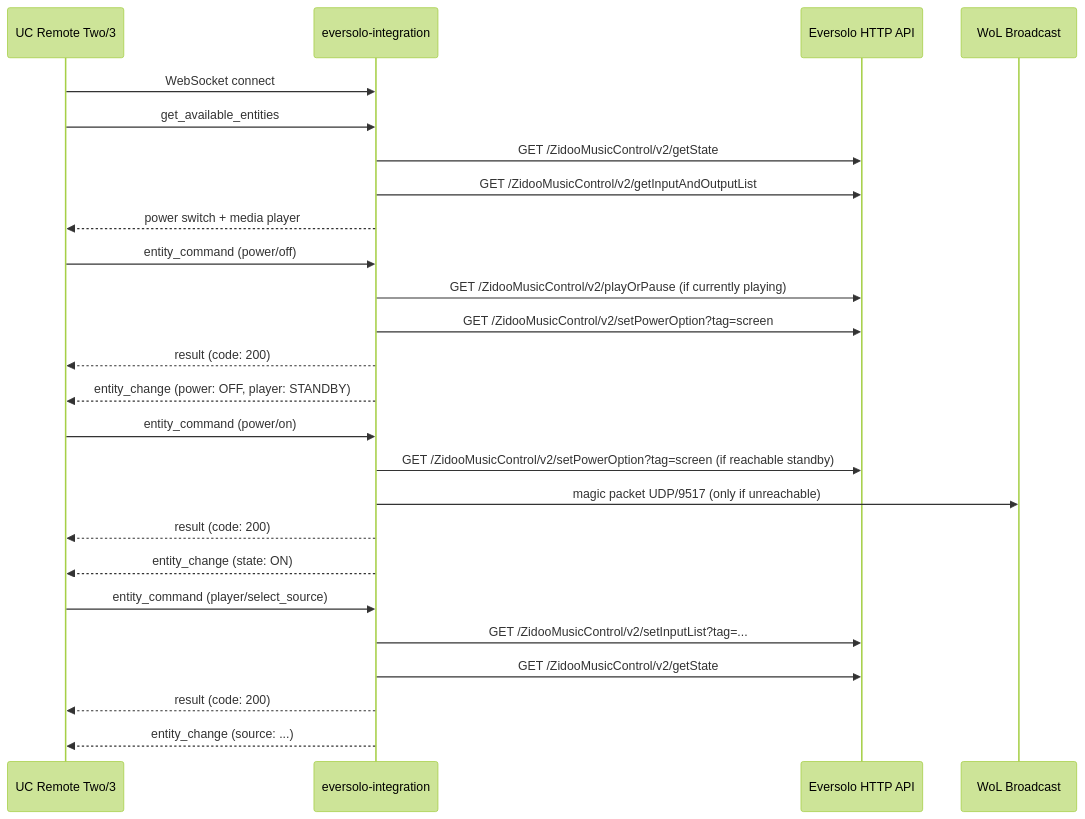
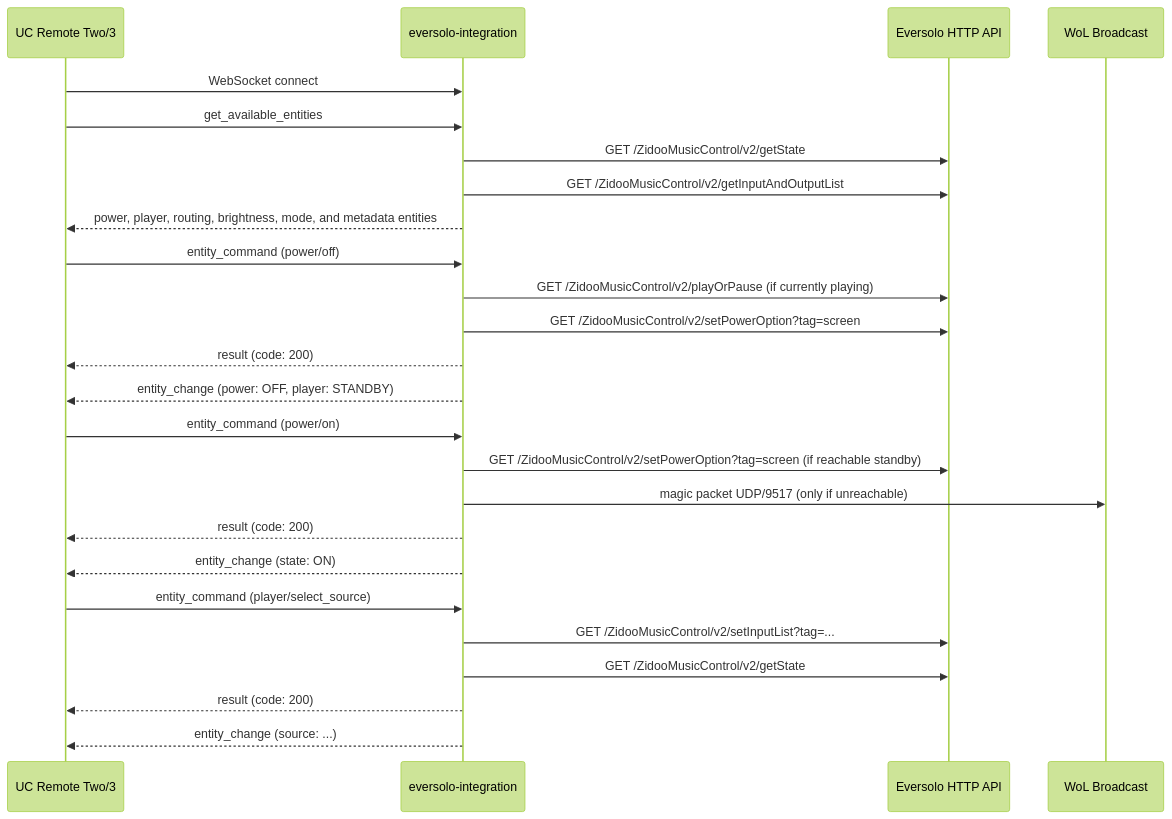
The diagram in homelab/eversolo-integration/README.md (yankeeinlondon/rusty-biscuit), drawn with Mermaid (forest theme) before and after one commit. The commit also changed other lines of this file and 6 other files, not shown here.

First line of the commit message:
feat(eversolo-integration): add routing, brightness, VU/spectrum, and identity entities

````diff
--- a/homelab/eversolo-integration/README.md
+++ b/homelab/eversolo-integration/README.md
@@ -55,31 +85,31 @@
 ```mermaid
 sequenceDiagram
     participant R as UC Remote Two/3
     participant I as eversolo-integration
     participant E as Eversolo HTTP API
     participant W as WoL Broadcast
 
     R->>I: WebSocket connect
     R->>I: get_available_entities
     I->>E: GET /ZidooMusicControl/v2/getState
     I->>E: GET /ZidooMusicControl/v2/getInputAndOutputList
-    I-->>R: power switch + media player
+    I-->>R: power, player, routing, brightness, mode, and metadata entities
 
     R->>I: entity_command (power/off)
     I->>E: GET /ZidooMusicControl/v2/playOrPause (if currently playing)
     I->>E: GET /ZidooMusicControl/v2/setPowerOption?tag=screen
     I-->>R: result (code: 200)
     I-->>R: entity_change (power: OFF, player: STANDBY)
 
     R->>I: entity_command (power/on)
     I->>E: GET /ZidooMusicControl/v2/setPowerOption?tag=screen (if reachable standby)
     I->>W: magic packet UDP/9517 (only if unreachable)
     I-->>R: result (code: 200)
     I-->>R: entity_change (state: ON)
 
     R->>I: entity_command (player/select_source)
     I->>E: GET /ZidooMusicControl/v2/setInputList?tag=...
     I->>E: GET /ZidooMusicControl/v2/getState
     I-->>R: result (code: 200)
     I-->>R: entity_change (source: ...)
 ```
````
